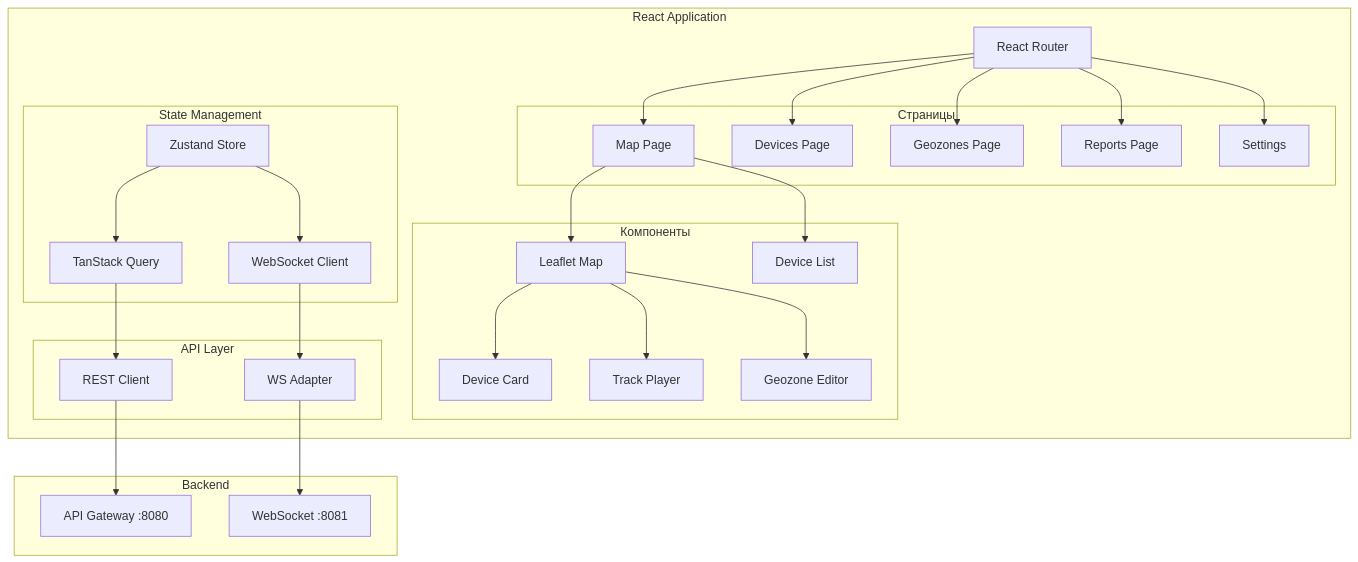
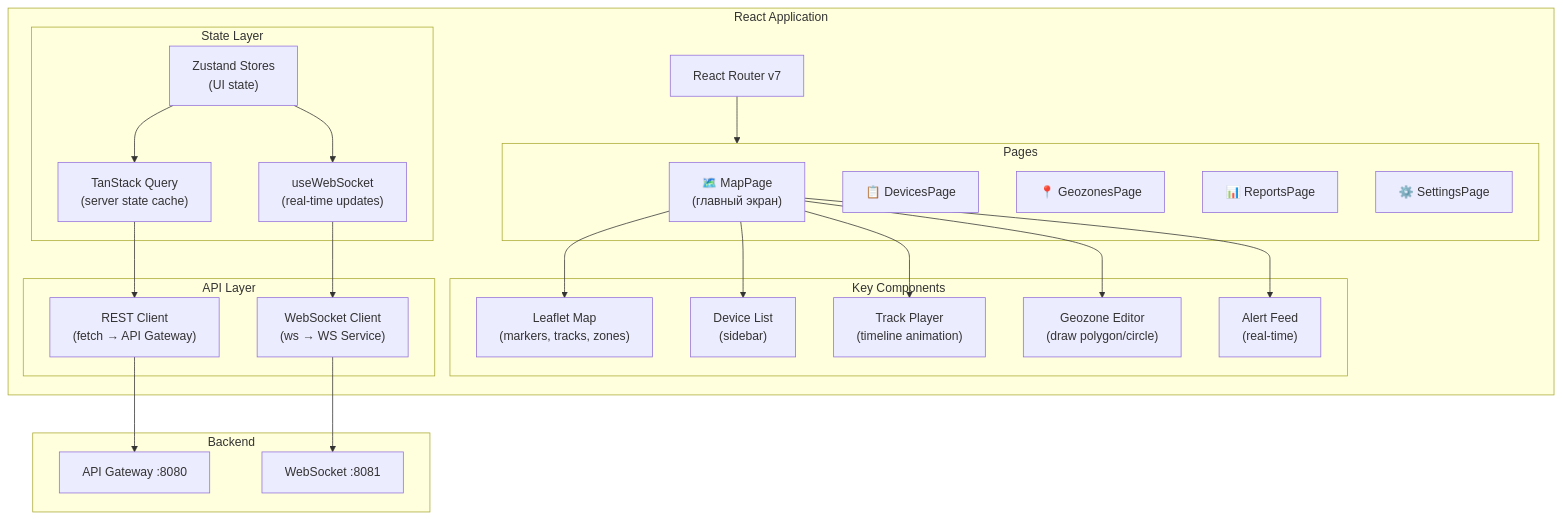
Before and after one commit to revarewerd/wayrecall-tracker-system: diagram 13 of 18 in docs/blocks/ARCHITECTURE_BLOCK3.md, drawn with Mermaid. The commit also changed other lines of this file and 544 other files, not shown here.

````diff
--- a/docs/blocks/ARCHITECTURE_BLOCK3.md
+++ b/docs/blocks/ARCHITECTURE_BLOCK3.md
@@ -1047,46 +756,45 @@
 ```mermaid
 flowchart TB
     subgraph App["React Application"]
-        Router[React Router]
+        Router["React Router v7"]
         
-        subgraph Pages["Страницы"]
-            MapPage[Map Page]
-            DevicesPage[Devices Page]
-            GeozonesPage[Geozones Page]
-            ReportsPage[Reports Page]
-            SettingsPage[Settings]
+        subgraph Pages["Pages"]
+            MapPage["🗺️ MapPage\n(главный экран)"]
+            DevicesPage["📋 DevicesPage"]
+            GeozonesPage["📍 GeozonesPage"]
+            ReportsPage["📊 ReportsPage"]
+            SettingsPage["⚙️ SettingsPage"]
         end
-        
-        subgraph Components["Компоненты"]
-            Map[Leaflet Map]
-            DeviceList[Device List]
-            DeviceCard[Device Card]
-            TrackPlayer[Track Player]
-            GeozoneEditor[Geozone Editor]
+
+        subgraph Components["Key Components"]
+            LeafletMap["Leaflet Map\n(markers, tracks, zones)"]
+            DeviceList["Device List\n(sidebar)"]
+            TrackPlayer["Track Player\n(timeline animation)"]
+            GeoEditor["Geozone Editor\n(draw polygon/circle)"]
+            AlertFeed["Alert Feed\n(real-time)"]
         end
-        
-        subgraph State["State Management"]
-            Query[TanStack Query]
-            Store[Zustand Store]
-            WSClient[WebSocket Client]
+
+        subgraph StateLayer["State Layer"]
+            TanStack["TanStack Query\n(server state cache)"]
+            Zustand["Zustand Stores\n(UI state)"]
+            WSHook["useWebSocket\n(real-time updates)"]
         end
-        
-        subgraph API["API Layer"]
-            RestClient[REST Client]
-            WSAdapter[WS Adapter]
+
+        subgraph ApiLayer["API Layer"]
+            RestClient["REST Client\n(fetch → API Gateway)"]
+            WSClient["WebSocket Client\n(ws → WS Service)"]
         end
     end
 
     subgraph Backend["Backend"]
-        APIGateway[API Gateway :8080]
-        WSService[WebSocket :8081]
+        GW["API Gateway :8080"]
+        WS["WebSocket :8081"]
     end
 
-    Router --> MapPage & DevicesPage & GeozonesPage & ReportsPage & SettingsPage
-    MapPage --> Map & DeviceList
-    Map --> DeviceCard & TrackPlayer & GeozoneEditor
+    Router --> Pages
+    MapPage --> LeafletMap & DeviceList & TrackPlayer & GeoEditor & AlertFeed
     
-    Query --> RestClient --> APIGateway
-    WSClient --> WSAdapter --> WSService
-    Store --> Query & WSClient
+    TanStack --> RestClient --> GW
+    WSHook --> WSClient --> WS
+    Zustand --> TanStack & WSHook
 ```
````
